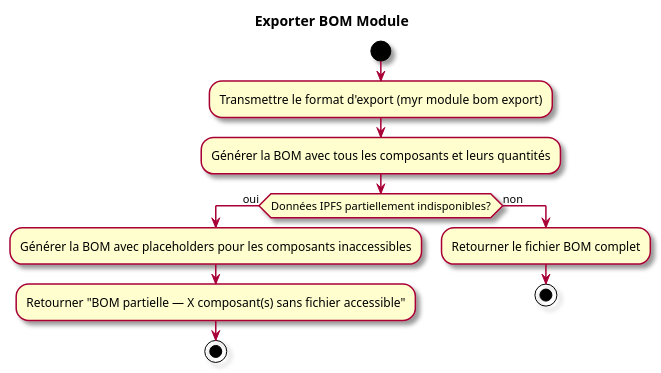
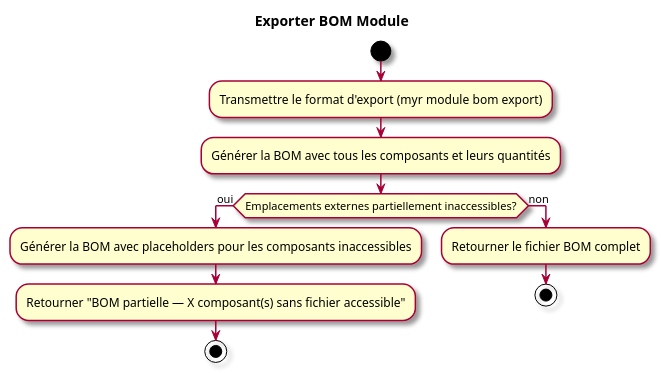
The second of 2 diagrams in specs/1-Expression/UCREC-Recherche/UCREC05.md (myr-forge/myr-core), drawn with PlantUML before and after one commit. The commit also changed other lines of this file and 23 other files, not shown here.

````diff
--- a/specs/1-Expression/UCREC-Recherche/UCREC05.md
+++ b/specs/1-Expression/UCREC-Recherche/UCREC05.md
@@ -79,17 +79,17 @@
 ```plantuml
 @startuml
 skin rose
 title Exporter BOM Module
 start
 :Transmettre le format d'export (myr module bom export);
 :Générer la BOM avec tous les composants et leurs quantités;
-if (Données IPFS partiellement indisponibles?) then (oui)
+if (Emplacements externes partiellement inaccessibles?) then (oui)
   :Générer la BOM avec placeholders pour les composants inaccessibles;
   :Retourner "BOM partielle — X composant(s) sans fichier accessible";
   stop
 else (non)
   :Retourner le fichier BOM complet;
   stop
 endif
 @enduml
 ```
````
